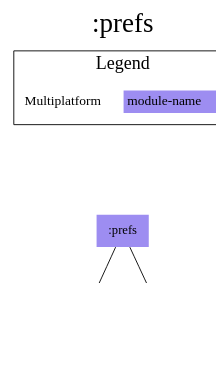
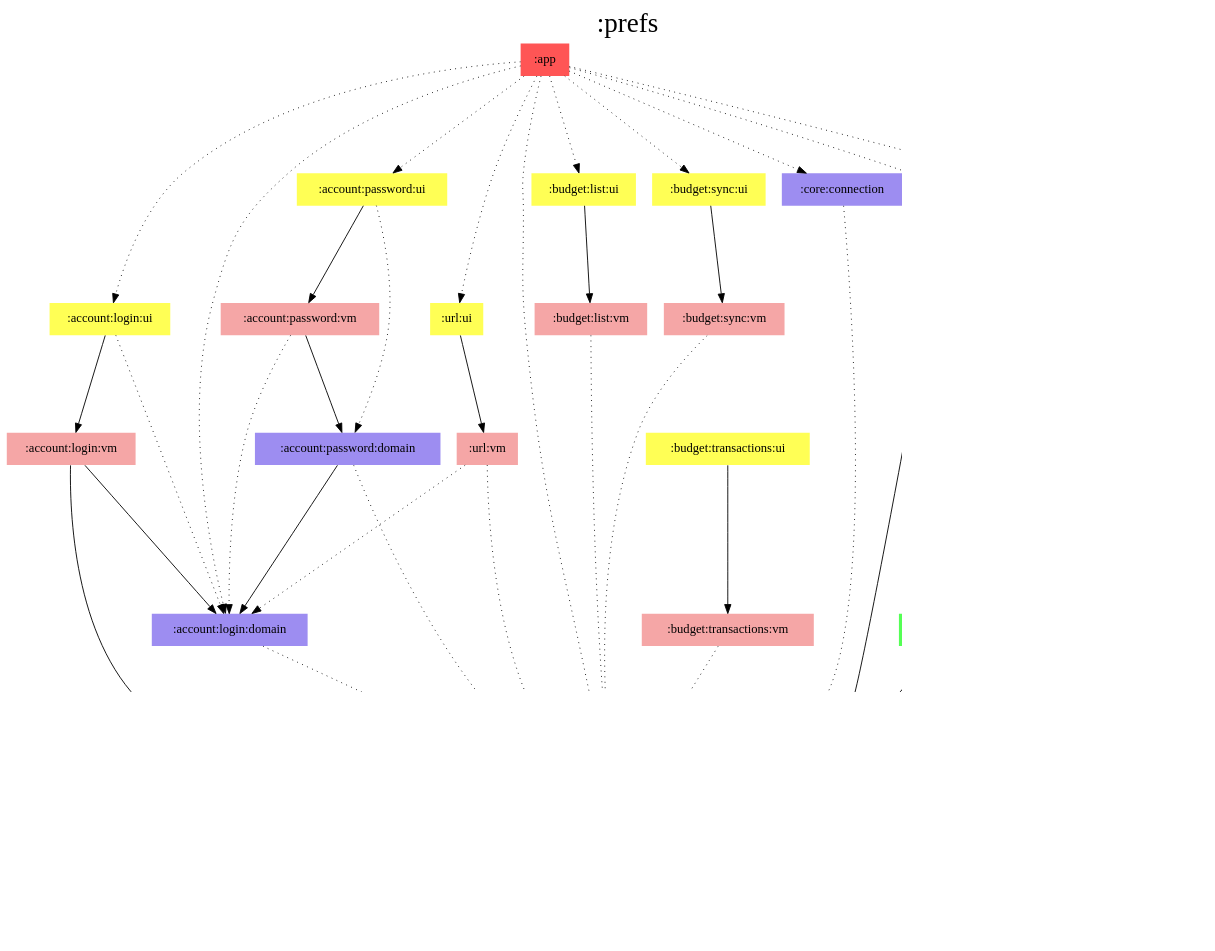
One commit to jonapoul/aktual changed the diagram in modules/prefs/modules.dot. Above: the diagram before and after it, drawn with Graphviz. The commit also changed 134 other files, not shown here.

Commit message:
Use gradle caching for module diagrams

```diff
--- a/modules/prefs/modules.dot
+++ b/modules/prefs/modules.dot
@@ -1,23 +1,84 @@
 digraph {
 edge ["dir"="forward"]
 graph ["dpi"="100","label"=":prefs","labelloc"="t","fontsize"="30","ranksep"="1.5","rankdir"="TB"]
 node ["style"="filled"]
+":account:login:domain" ["fillcolor"="#9D8DF1","shape"="none"]
+":account:login:ui" ["fillcolor"="#FFFF55","shape"="none"]
+":account:login:vm" ["fillcolor"="#F5A6A6","shape"="none"]
 ":account:model" ["fillcolor"="#9D8DF1","shape"="none"]
+":account:password:domain" ["fillcolor"="#9D8DF1","shape"="none"]
+":account:password:ui" ["fillcolor"="#FFFF55","shape"="none"]
+":account:password:vm" ["fillcolor"="#F5A6A6","shape"="none"]
+":app" ["fillcolor"="#FF5555","shape"="none"]
+":budget:list:ui" ["fillcolor"="#FFFF55","shape"="none"]
+":budget:list:vm" ["fillcolor"="#F5A6A6","shape"="none"]
+":budget:sync:ui" ["fillcolor"="#FFFF55","shape"="none"]
+":budget:sync:vm" ["fillcolor"="#F5A6A6","shape"="none"]
+":budget:transactions:ui" ["fillcolor"="#FFFF55","shape"="none"]
+":budget:transactions:vm" ["fillcolor"="#F5A6A6","shape"="none"]
+":core:connection" ["fillcolor"="#9D8DF1","shape"="none"]
+":core:di" ["fillcolor"="#FCB103","shape"="none"]
 ":core:model" ["fillcolor"="#9D8DF1","shape"="none"]
-":prefs" ["fillcolor"="#9D8DF1","shape"="none"]
+":prefs" ["fillcolor"="#9D8DF1","color"="black","penwidth"="3","shape"="box"]
+":settings:ui" ["fillcolor"="#FFFF55","shape"="none"]
+":settings:vm" ["fillcolor"="#F5A6A6","shape"="none"]
+":test:prefs" ["fillcolor"="#55FF55","shape"="none"]
+":url:ui" ["fillcolor"="#FFFF55","shape"="none"]
+":url:vm" ["fillcolor"="#F5A6A6","shape"="none"]
 {
 edge ["dir"="none"]
 graph ["rank"="same"]
+":prefs"
 }
+":account:login:domain" -> ":prefs" ["style"="dotted"]
+":account:login:ui" -> ":account:login:domain" ["style"="dotted"]
+":account:login:ui" -> ":account:login:vm"
+":account:login:vm" -> ":account:login:domain"
+":account:login:vm" -> ":prefs"
+":account:password:domain" -> ":account:login:domain"
+":account:password:domain" -> ":prefs" ["style"="dotted"]
+":account:password:ui" -> ":account:password:domain" ["style"="dotted"]
+":account:password:ui" -> ":account:password:vm"
+":account:password:vm" -> ":account:login:domain" ["style"="dotted"]
+":account:password:vm" -> ":account:password:domain"
+":app" -> ":account:login:domain" ["style"="dotted"]
+":app" -> ":account:login:ui" ["style"="dotted"]
+":app" -> ":account:password:ui" ["style"="dotted"]
+":app" -> ":budget:list:ui" ["style"="dotted"]
+":app" -> ":budget:sync:ui" ["style"="dotted"]
+":app" -> ":core:connection" ["style"="dotted"]
+":app" -> ":core:di" ["style"="dotted"]
+":app" -> ":prefs" ["style"="dotted"]
+":app" -> ":settings:ui" ["style"="dotted"]
+":app" -> ":url:ui" ["style"="dotted"]
+":budget:list:ui" -> ":budget:list:vm"
+":budget:list:vm" -> ":prefs" ["style"="dotted"]
+":budget:sync:ui" -> ":budget:sync:vm"
+":budget:sync:vm" -> ":prefs" ["style"="dotted"]
+":budget:transactions:ui" -> ":budget:transactions:vm"
+":budget:transactions:vm" -> ":prefs" ["style"="dotted"]
+":core:connection" -> ":prefs" ["style"="dotted"]
+":core:di" -> ":prefs"
 ":prefs" -> ":account:model"
 ":prefs" -> ":core:model"
+":settings:ui" -> ":settings:vm"
+":settings:vm" -> ":prefs"
+":test:prefs" -> ":prefs"
+":url:ui" -> ":url:vm"
+":url:vm" -> ":account:login:domain" ["style"="dotted"]
+":url:vm" -> ":prefs" ["style"="dotted"]
 subgraph "cluster_legend" {
 edge ["dir"="none"]
 graph ["label"="Legend","fontsize"="20"]
 "Legend" ["style"="filled","fillcolor"="#FFFFFF","shape"="none","margin"="0","fontsize"="15","label"=<
 <TABLE BORDER="0" CELLBORDER="0" CELLSPACING="0" CELLPADDING="4">
+<TR><TD>App</TD><TD BGCOLOR="#FF5555">module-name</TD></TR>
+<TR><TD>ViewModel</TD><TD BGCOLOR="#F5A6A6">module-name</TD></TR>
+<TR><TD>Hilt</TD><TD BGCOLOR="#FCB103">module-name</TD></TR>
+<TR><TD>Compose</TD><TD BGCOLOR="#FFFF55">module-name</TD></TR>
+<TR><TD>Android</TD><TD BGCOLOR="#55FF55">module-name</TD></TR>
 <TR><TD>Multiplatform</TD><TD BGCOLOR="#9D8DF1">module-name</TD></TR>
 </TABLE>
 >]
 } -> ":prefs" ["style"="invis"]
 }
```
